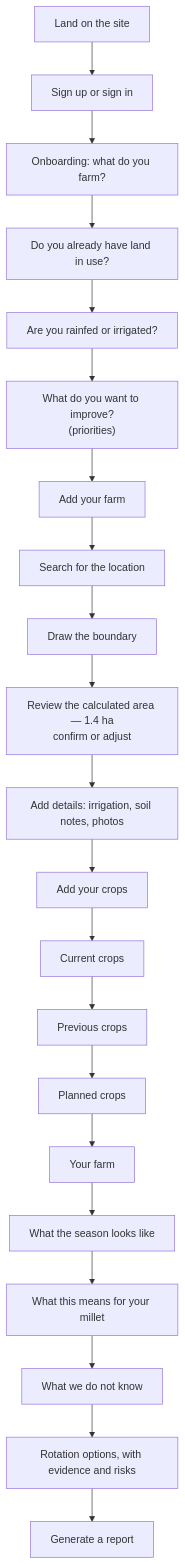
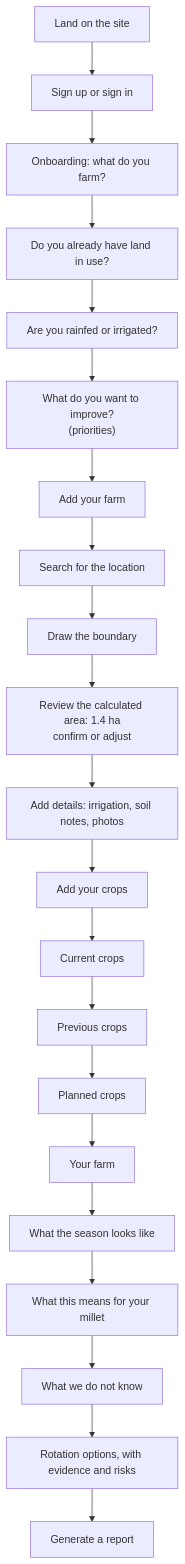
One commit to vip-ultr/dalashift changed the first of 5 diagrams in docs/product/user-flows.md. Above: the diagram before and after it, drawn with Mermaid. The commit also changed other lines of this file and 62 other files, not shown here.

````diff
--- a/docs/product/user-flows.md
+++ b/docs/product/user-flows.md
@@ -29,23 +29,23 @@
 ```mermaid
 flowchart TD
     L["Land on the site"] --> S["Sign up or sign in"]
     S --> O1["Onboarding: what do you farm?"]
     O1 --> O2["Do you already have land in use?"]
     O2 --> O3["Are you rainfed or irrigated?"]
     O3 --> O4["What do you want to improve?<br/>(priorities)"]
     O4 --> F["Add your farm"]
     F --> F1["Search for the location"]
     F1 --> F2["Draw the boundary"]
-    F2 --> F3["Review the calculated area — 1.4 ha<br/>confirm or adjust"]
+    F2 --> F3["Review the calculated area: 1.4 ha<br/>confirm or adjust"]
     F3 --> F4["Add details: irrigation, soil notes, photos"]
     F4 --> C["Add your crops"]
     C --> C1["Current crops"]
     C1 --> C2["Previous crops"]
     C2 --> C3["Planned crops"]
     C3 --> D["Your farm"]
     D --> D1["What the season looks like"]
     D1 --> D2["What this means for your millet"]
     D2 --> D3["What we do not know"]
     D3 --> D4["Rotation options, with evidence and risks"]
     D4 --> R["Generate a report"]
 ```
````
